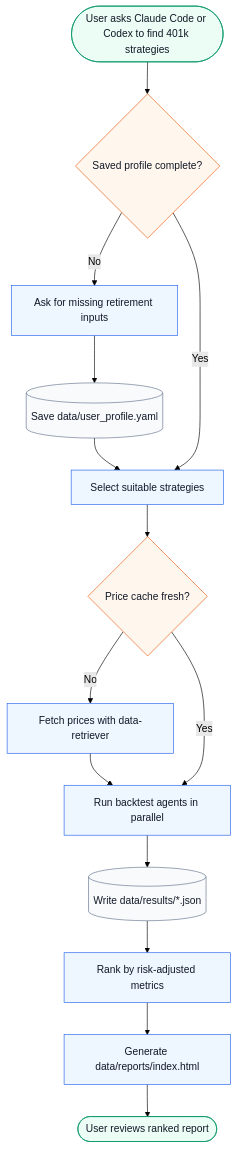
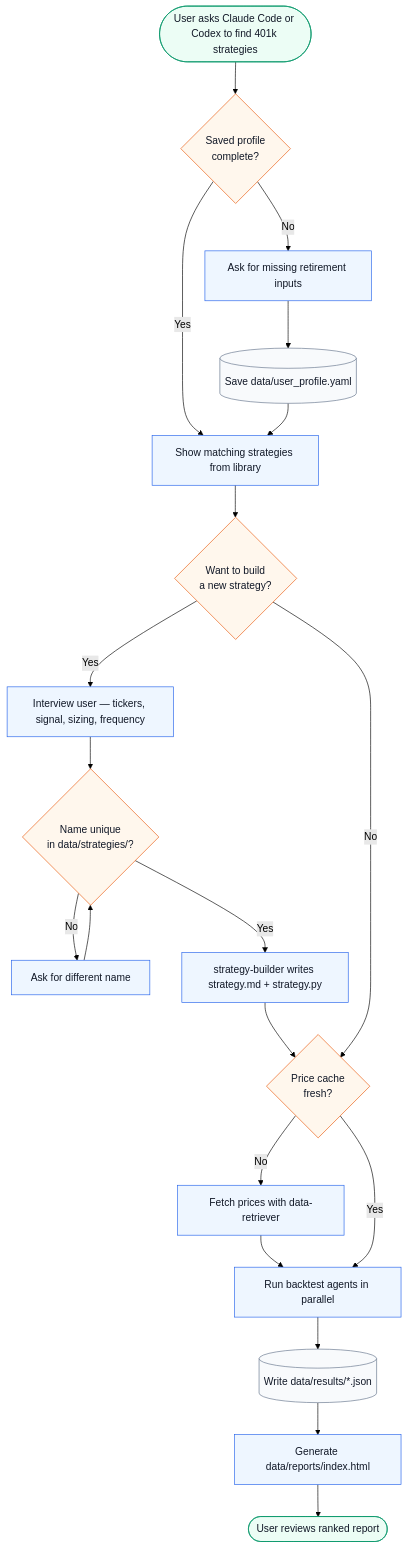
Before and after one commit to neoskx/ira-strategies: the first of 2 diagrams in README.md, drawn with Mermaid (forest theme). The commit also changed other lines of this file and 16 other files, not shown here.

````diff
--- a/README.md
+++ b/README.md
@@ -45,33 +40,42 @@
 ```mermaid
 flowchart TD
     start([User asks Claude Code or Codex to find 401k strategies])
-    profile{Saved profile complete?}
+    profile{Saved profile\ncomplete?}
     ask[Ask for missing retirement inputs]
     save[(Save data/user_profile.yaml)]
-    select[Select suitable strategies]
-    cache{Price cache fresh?}
+    show[Show matching strategies from library]
+    build{Want to build\na new strategy?}
+    interview[Interview user — tickers, signal, sizing, frequency]
+    unique{Name unique\nin data/strategies/?}
+    rename[Ask for different name]
+    generate[strategy-builder writes strategy.md + strategy.py]
+    cache{Price cache\nfresh?}
     fetch[Fetch prices with data-retriever]
     fanout[Run backtest agents in parallel]
     collect[(Write data/results/*.json)]
-    rank[Rank by risk-adjusted metrics]
     report[Generate data/reports/index.html]
     review([User reviews ranked report])
 
     start --> profile
-    profile -- No --> ask --> save --> select
-    profile -- Yes --> select
-    select --> cache
+    profile -- No --> ask --> save
+    profile -- Yes --> show
+    save --> show
+    show --> build
+    build -- Yes --> interview --> unique
+    unique -- No --> rename --> unique
+    unique -- Yes --> generate --> cache
+    build -- No --> cache
     cache -- No --> fetch --> fanout
     cache -- Yes --> fanout
-    fanout --> collect --> rank --> report --> review
+    fanout --> collect --> report --> review
 
     classDef decision fill:#fff7ed,stroke:#ea580c,stroke-width:1px,color:#111827;
     classDef action fill:#eef6ff,stroke:#2563eb,stroke-width:1px,color:#111827;
     classDef artifact fill:#f8fafc,stroke:#64748b,stroke-width:1px,color:#111827;
     classDef terminal fill:#ecfdf5,stroke:#059669,stroke-width:1px,color:#111827;
 
-    class profile,cache decision;
-    class ask,select,fetch,fanout,rank,report action;
+    class profile,cache,build,unique decision;
+    class ask,show,interview,rename,generate,fetch,fanout,report action;
     class save,collect artifact;
     class start,review terminal;
 ```
````
